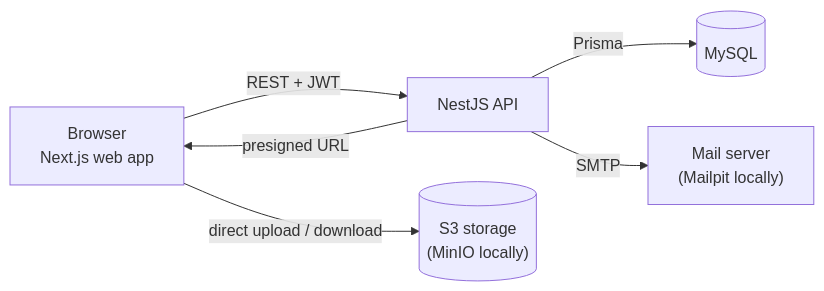
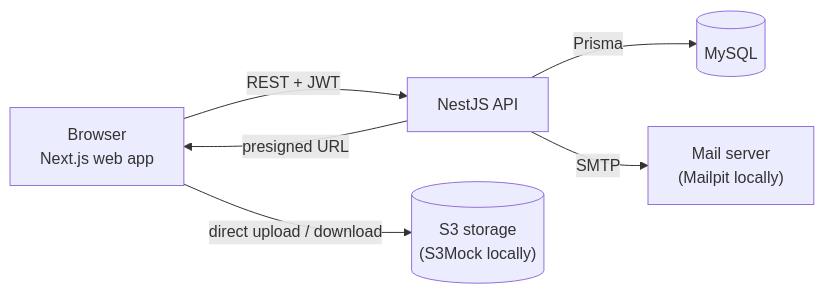
Before and after one commit to Lioxyze/Polydesign: the diagram in docs/architecture.md, drawn with Mermaid. The commit also changed 3 other files, not shown here.

First line of the commit message:
chore: replace MinIO with S3Mock for local S3 storage

````diff
--- a/docs/architecture.md
+++ b/docs/architecture.md
@@ -6,8 +6,8 @@
 ```mermaid
 flowchart LR
     Browser["Browser<br/>Next.js web app"] -- "REST + JWT" --> API["NestJS API"]
     API -- "Prisma" --> DB[("MySQL")]
     API -- "presigned URL" --> Browser
-    Browser -- "direct upload / download" --> S3[("S3 storage<br/>(MinIO locally)")]
+    Browser -- "direct upload / download" --> S3[("S3 storage<br/>(S3Mock locally)")]
     API -- "SMTP" --> Mail["Mail server<br/>(Mailpit locally)"]
 ```
````
